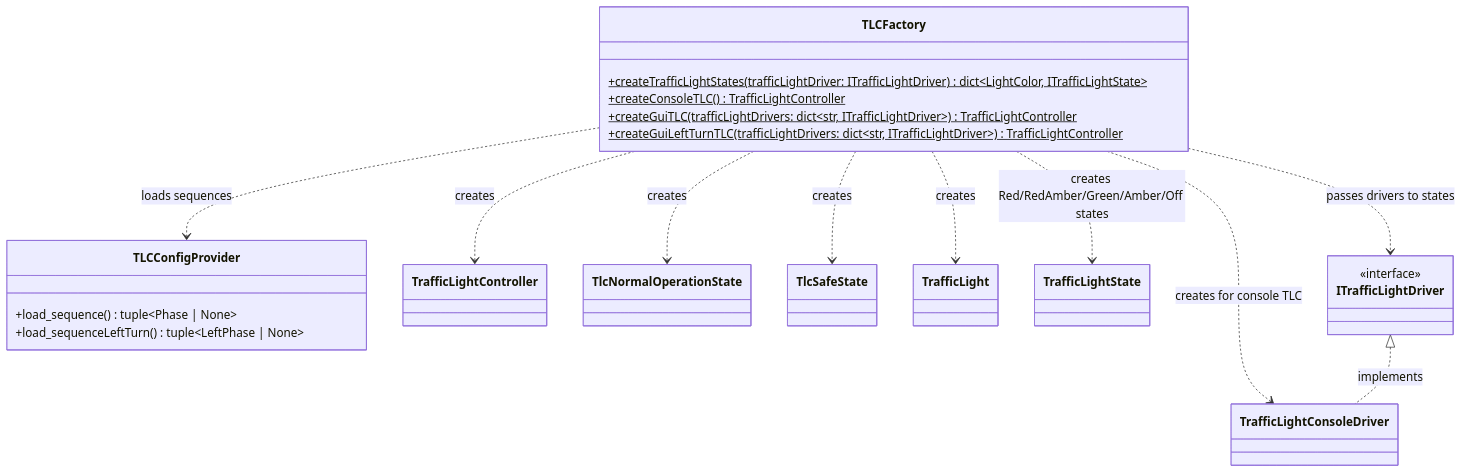
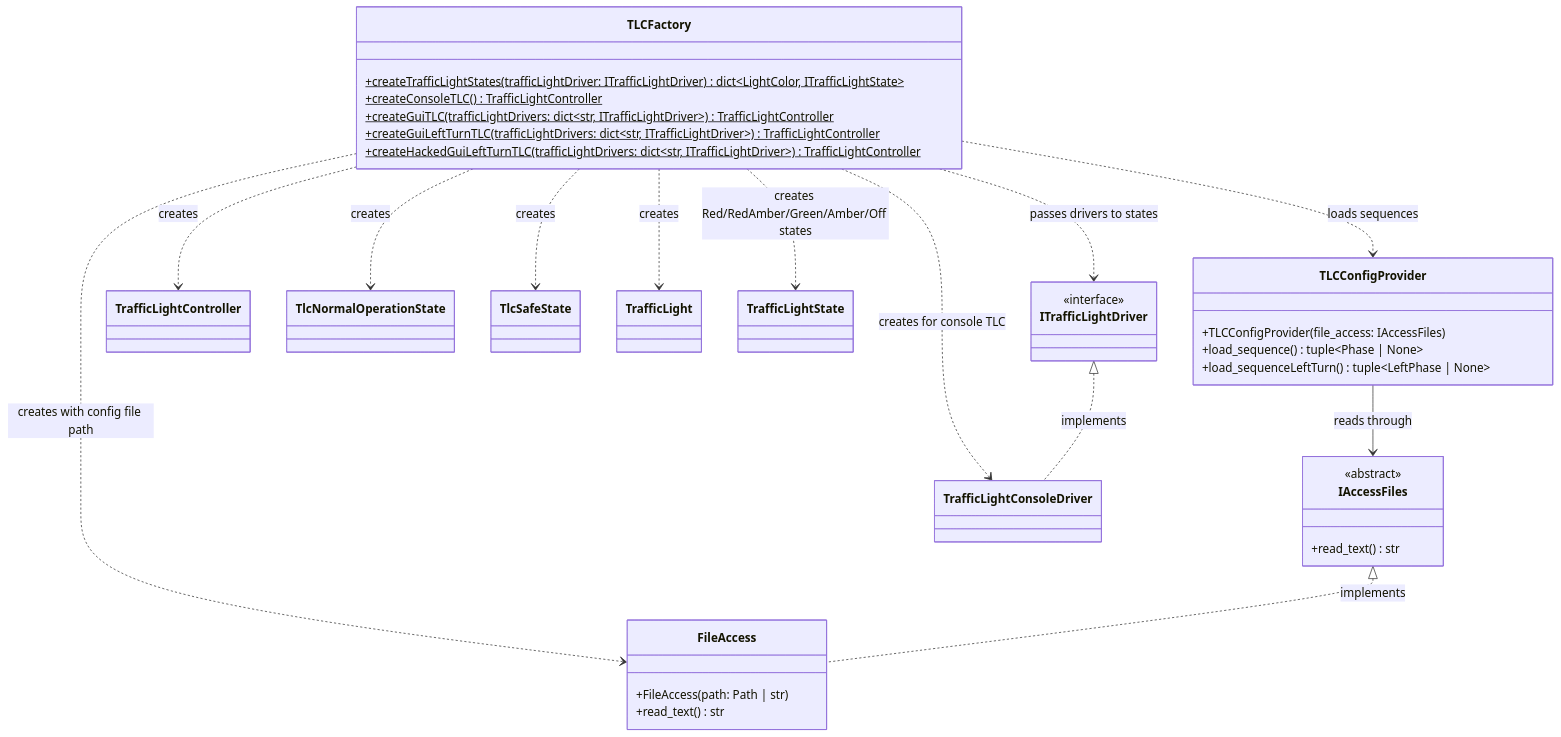
Before and after one commit to fullSoftwareAlchemist/TrafficLightController: the diagram in Design/TLCFactory_ClassDiagram.md, drawn with Mermaid. The commit also changed other lines of this file and 5 other files, not shown here.

````diff
--- a/Design/TLCFactory_ClassDiagram.md
+++ b/Design/TLCFactory_ClassDiagram.md
@@ -3,34 +3,49 @@
 ```mermaid
 classDiagram
     class TLCFactory {
         +createTrafficLightStates(trafficLightDriver: ITrafficLightDriver)$ dict~LightColor, ITrafficLightState~
         +createConsoleTLC()$ TrafficLightController
         +createGuiTLC(trafficLightDrivers: dict~str, ITrafficLightDriver~)$ TrafficLightController
         +createGuiLeftTurnTLC(trafficLightDrivers: dict~str, ITrafficLightDriver~)$ TrafficLightController
+        +createHackedGuiLeftTurnTLC(trafficLightDrivers: dict~str, ITrafficLightDriver~)$ TrafficLightController
     }
 
     class TLCConfigProvider {
+        +TLCConfigProvider(file_access: IAccessFiles)
         +load_sequence() tuple~Phase | None~
         +load_sequenceLeftTurn() tuple~LeftPhase | None~
+    }
+
+    class IAccessFiles {
+        <<abstract>>
+        +read_text() str
+    }
+
+    class FileAccess {
+        +FileAccess(path: Path | str)
+        +read_text() str
     }
 
     class TrafficLightController
     class TlcNormalOperationState
     class TlcSafeState
     class TrafficLight
     class TrafficLightState
     class ITrafficLightDriver {
         <<interface>>
     }
     class TrafficLightConsoleDriver
 
+    TLCFactory ..> FileAccess : creates with config file path
     TLCFactory ..> TLCConfigProvider : loads sequences
+    TLCConfigProvider --> IAccessFiles : reads through
+    IAccessFiles <|.. FileAccess : implements
     TLCFactory ..> TrafficLightController : creates
     TLCFactory ..> TlcNormalOperationState : creates
     TLCFactory ..> TlcSafeState : creates
     TLCFactory ..> TrafficLight : creates
     TLCFactory ..> TrafficLightState : creates Red/RedAmber/Green/Amber/Off states
     TLCFactory ..> ITrafficLightDriver : passes drivers to states
     TLCFactory ..> TrafficLightConsoleDriver : creates for console TLC
     ITrafficLightDriver <|.. TrafficLightConsoleDriver : implements
 ```
````
